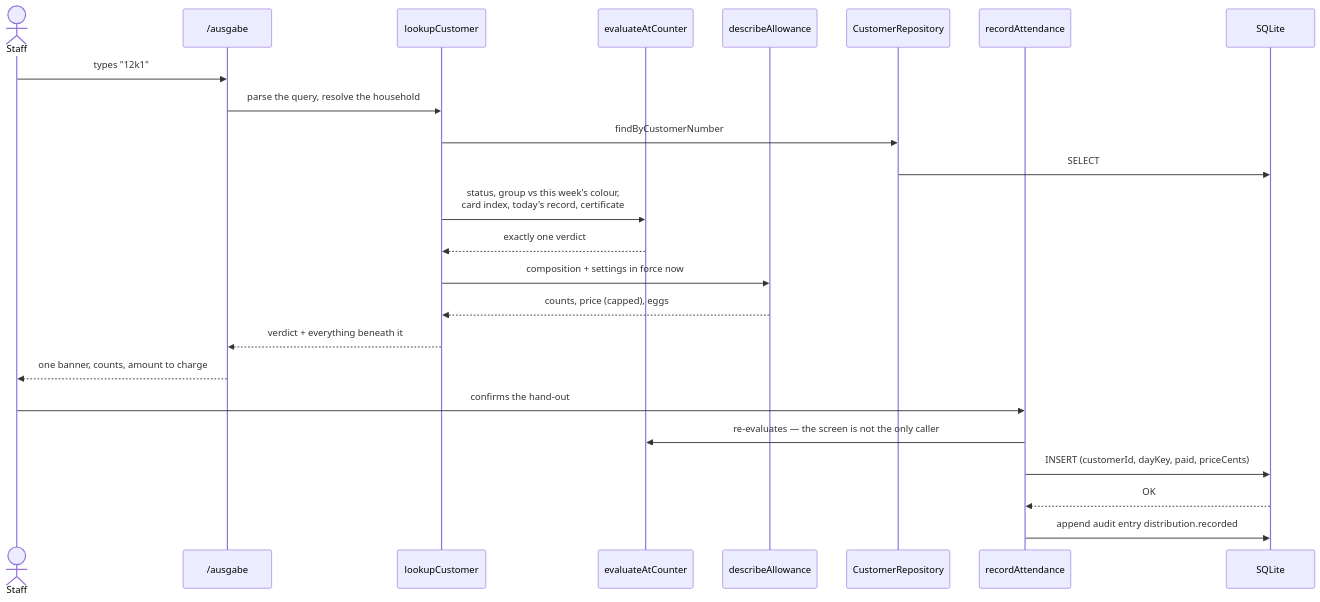
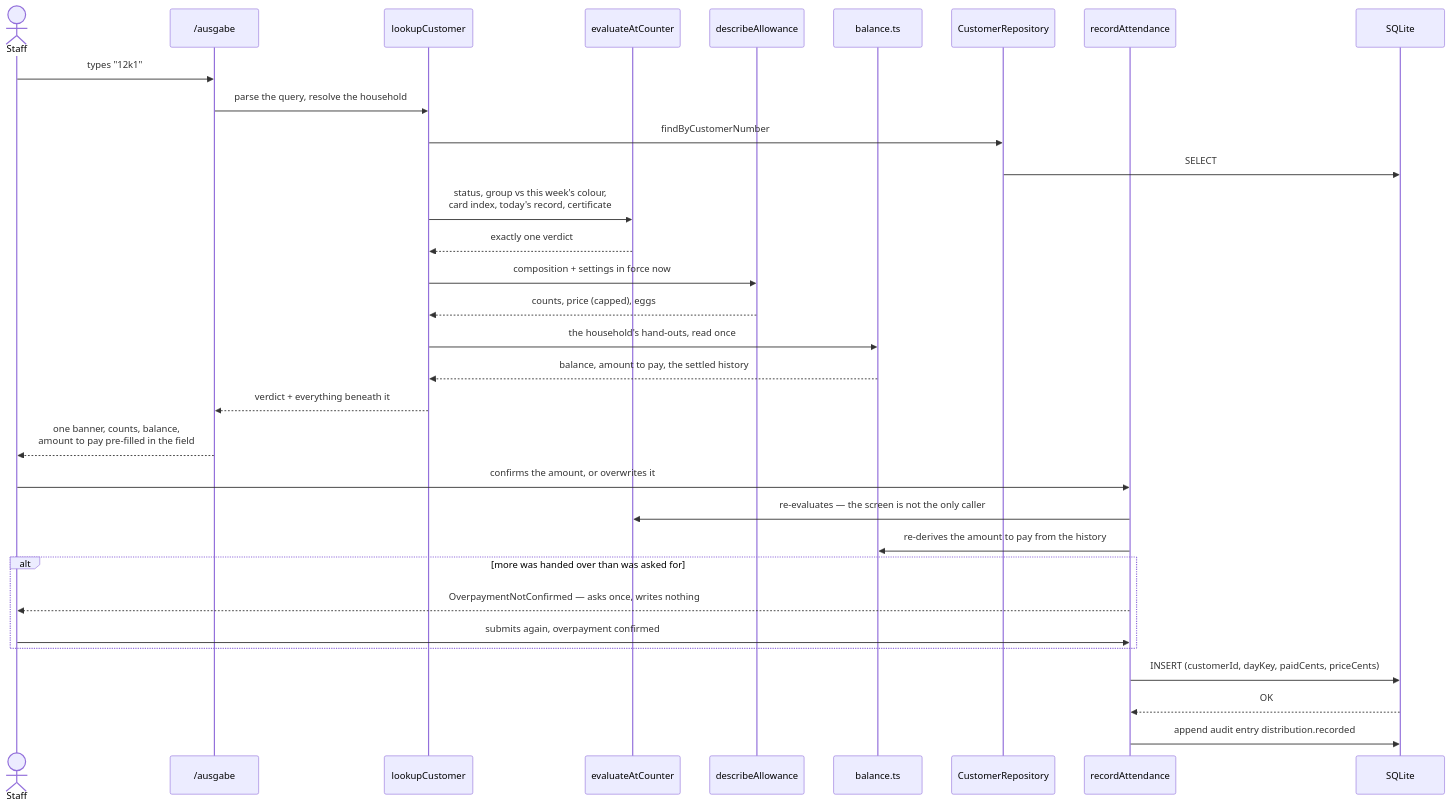
Before and after one commit to Lin0pan/FD-management: the first of 4 diagrams in docs/architecture/06-runtime-view.md, drawn with Mermaid. The commit also changed other lines of this file and 61 other files, not shown here.

First line of the commit message:
feat: derive the customer balance from the hand-out history (US-29) (#126)

````diff
--- a/docs/architecture/06-runtime-view.md
+++ b/docs/architecture/06-runtime-view.md
@@ -14,28 +14,36 @@
 ```mermaid
 sequenceDiagram
     actor Staff
     participant Page as /ausgabe
     participant Lookup as lookupCustomer
     participant Verdict as evaluateAtCounter
     participant Allow as describeAllowance
+    participant Balance as balance.ts
     participant Repo as CustomerRepository
     participant Record as recordAttendance
     participant DB as SQLite
 
     Staff->>Page: types "12k1"
     Page->>Lookup: parse the query, resolve the household
     Lookup->>Repo: findByCustomerNumber
     Repo->>DB: SELECT
     Lookup->>Verdict: status, group vs this week's colour,<br/>card index, today's record, certificate
     Verdict-->>Lookup: exactly one verdict
     Lookup->>Allow: composition + settings in force now
     Allow-->>Lookup: counts, price (capped), eggs
+    Lookup->>Balance: the household's hand-outs, read once
+    Balance-->>Lookup: balance, amount to pay, the settled history
     Lookup-->>Page: verdict + everything beneath it
-    Page-->>Staff: one banner, counts, amount to charge
+    Page-->>Staff: one banner, counts, balance,<br/>amount to pay pre-filled in the field
 
-    Staff->>Record: confirms the hand-out
+    Staff->>Record: confirms the amount, or overwrites it
     Record->>Verdict: re-evaluates — the screen is not the only caller
-    Record->>DB: INSERT (customerId, dayKey, paid, priceCents)
+    Record->>Balance: re-derives the amount to pay from the history
+    alt more was handed over than was asked for
+        Record-->>Staff: OverpaymentNotConfirmed — asks once, writes nothing
+        Staff->>Record: submits again, overpayment confirmed
+    end
+    Record->>DB: INSERT (customerId, dayKey, paidCents, priceCents)
     DB-->>Record: OK
     Record->>DB: append audit entry distribution.recorded
 ```
````
